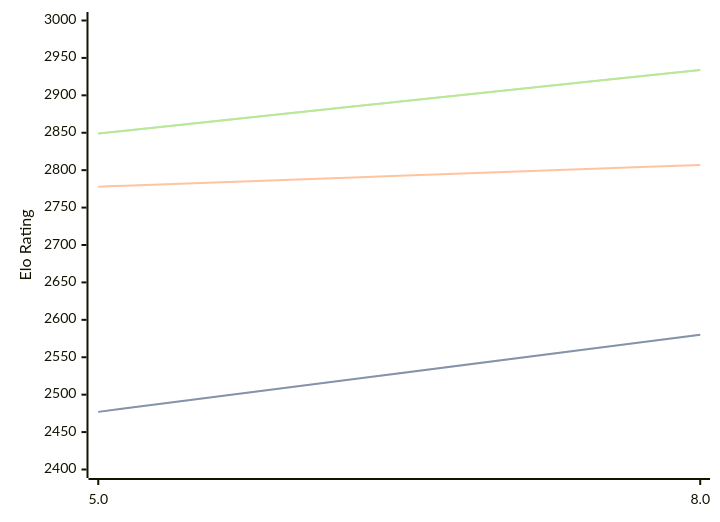
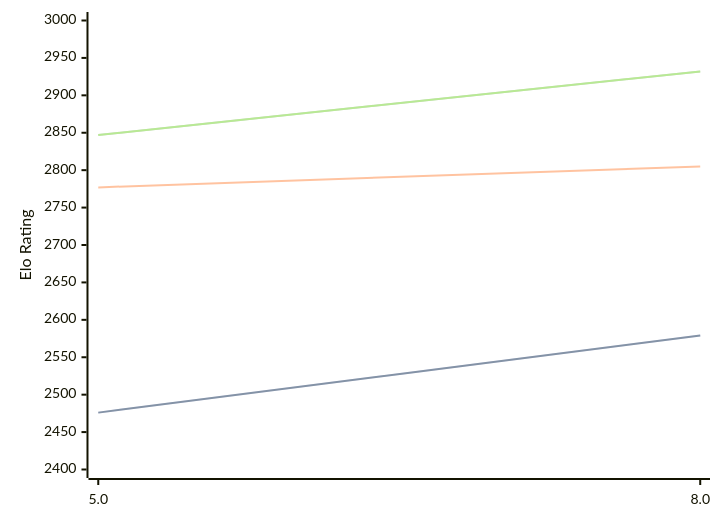
Before and after one commit to computer-chess-index/cci: the diagram in engines/4kc.md, drawn with Mermaid. The commit also changed other lines of this file, not shown here.

Commit message:
Update CCI Ratings (ELO VLTC) - 2026-06-07

````diff
--- a/engines/4kc.md
+++ b/engines/4kc.md
@@ -41,11 +42,11 @@
 ```mermaid
 %%{init: {"theme":"base","themeVariables":{"seriesColors:['#a3a3a3','#222221','#faa371']}}}%%
 xychart-beta
   x-axis ["5.0", "8.0"]
   y-axis "Elo Rating" 2400 --> 3000
-  line "STC (8.0+0.08s)" [2477, 2580]
-  line "STC (8.0+0.08s)" [2477, 2580]
-  line "LTC (60.0+0.60s)" [2778, 2807]
-  line "VLTC (2m24s+1.12s)" [2849, 2934]
-  line "VLTC (2m24s+1.12s)" [2849, 2934]
+  line "STC (8.0+0.08s)" [2476, 2579]
+  line "STC (8.0+0.08s)" [2476, 2579]
+  line "LTC (60.0+0.60s)" [2777, 2805]
+  line "VLTC (2m24s+1.12s)" [2847, 2932]
+  line "VLTC (2m24s+1.12s)" [2847, 2932]
 ```
````
